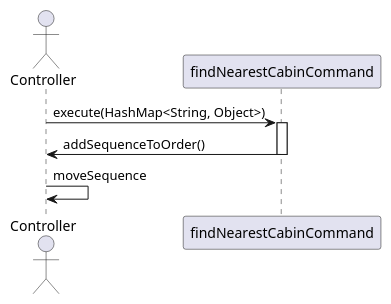
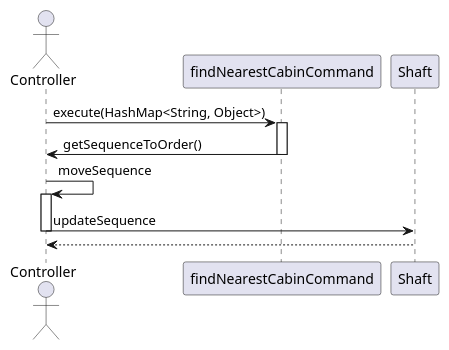
Before and after one commit to WhiteSnakeE/ElevatorDriver: the diagram in src/documentation/command/findNearestCabinCommand.puml, drawn with PlantUML.

Commit message:
Update findNearestCabinCommand.puml sequence diagram

```diff
--- a/src/documentation/command/findNearestCabinCommand.puml
+++ b/src/documentation/command/findNearestCabinCommand.puml
@@ -1,11 +1,14 @@
 @startuml
 
 actor Controller
 
 Controller -> findNearestCabinCommand: execute(HashMap<String, Object>)
 activate findNearestCabinCommand
-findNearestCabinCommand -> Controller: addSequenceToOrder()
+findNearestCabinCommand -> Controller: getSequenceToOrder()
 deactivate findNearestCabinCommand
 Controller -> Controller: moveSequence
-
+activate Controller
+Controller -> Shaft: updateSequence
+deactivate Controller
+Controller <-- Shaft
 @enduml
```
